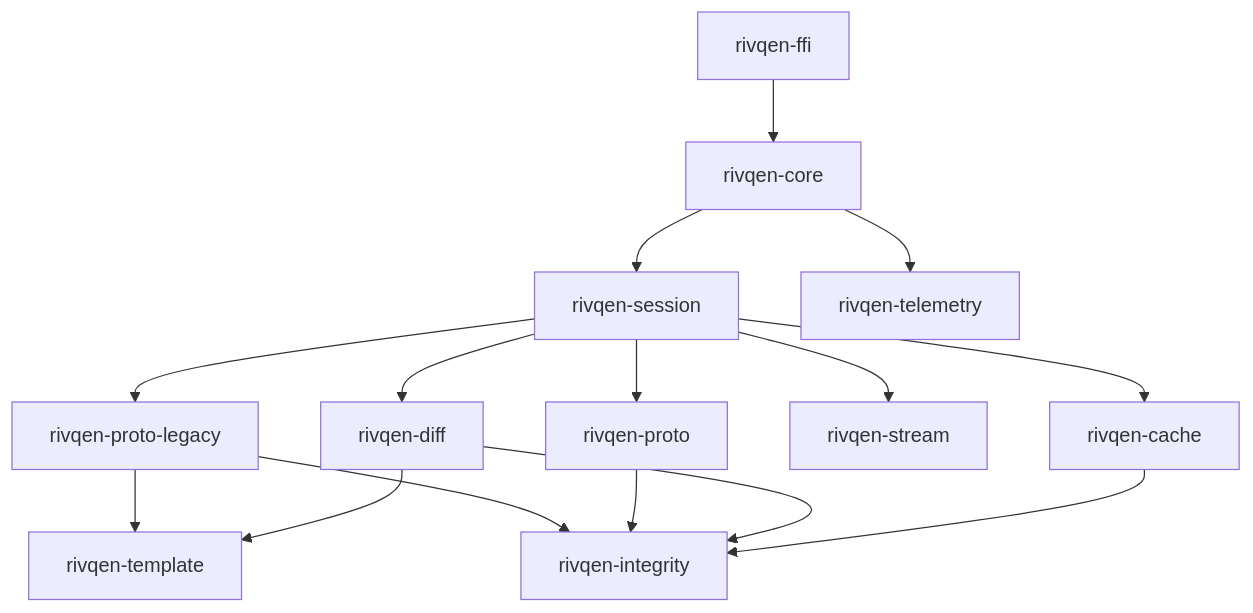
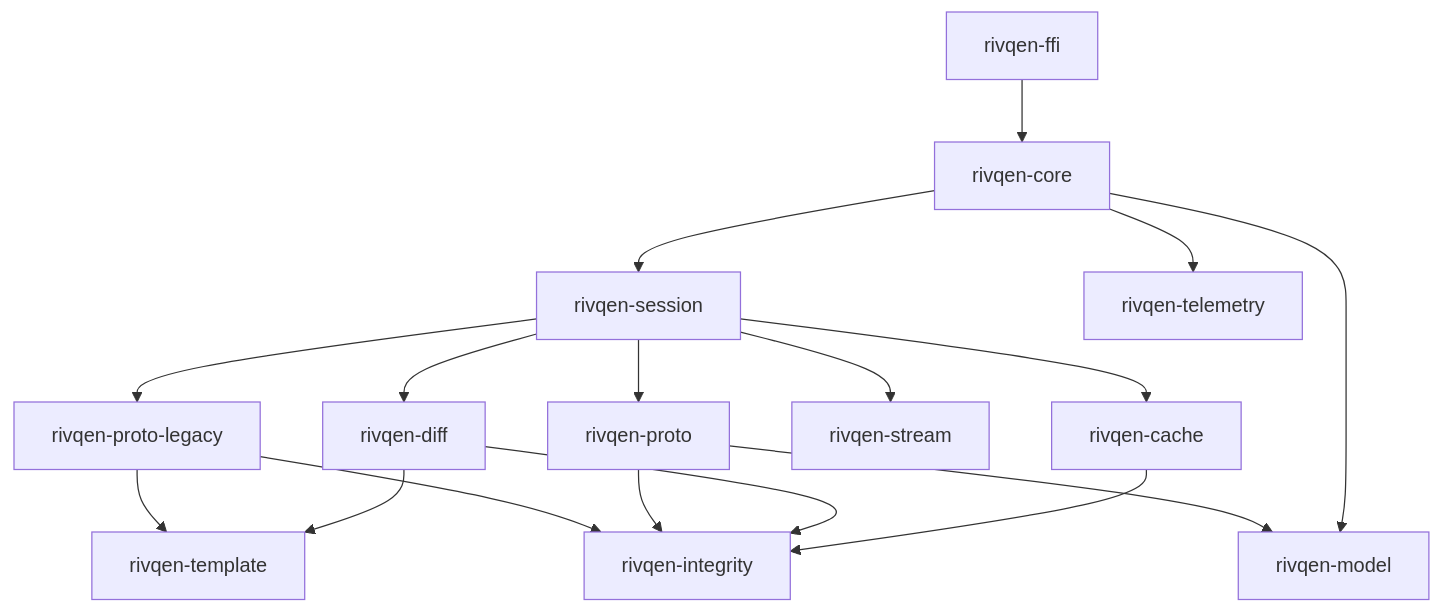
The diagram in docs/engineering/core/index.md (robotoss/rivqen), drawn with Mermaid before and after one commit. The commit also changed other lines of this file and 118 other files, not shown here.

````diff
--- a/docs/engineering/core/index.md
+++ b/docs/engineering/core/index.md
@@ -39,17 +40,19 @@
 ```mermaid
 flowchart TD
   ffi[rivqen-ffi] --> core[rivqen-core]
   core --> session[rivqen-session]
   core --> tele[rivqen-telemetry]
   session --> p1[rivqen-proto-legacy]
   session --> p2[rivqen-proto]
   session --> cache[rivqen-cache]
   session --> stream[rivqen-stream]
   session --> diff[rivqen-diff]
   p1 --> tpl[rivqen-template]
   p1 --> integ[rivqen-integrity]
   p2 --> integ
   diff --> tpl
   diff --> integ
   cache --> integ
+  p2 --> model[rivqen-model]
+  core --> model
 ```
````
